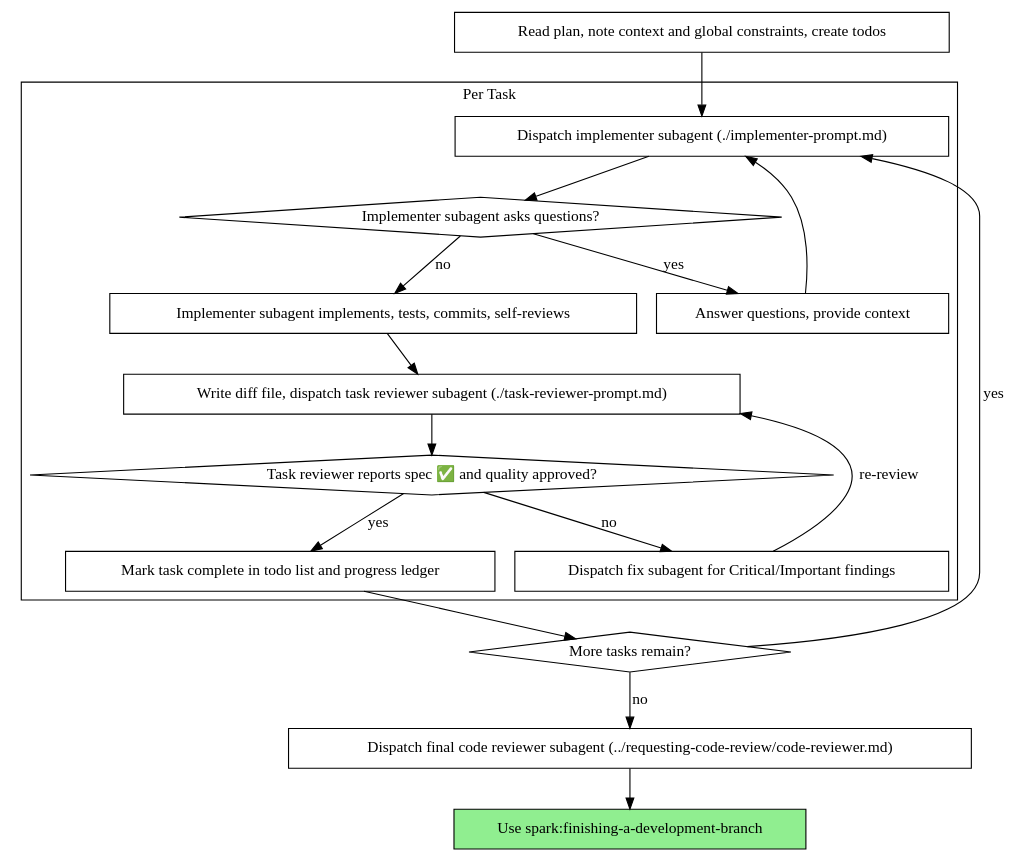
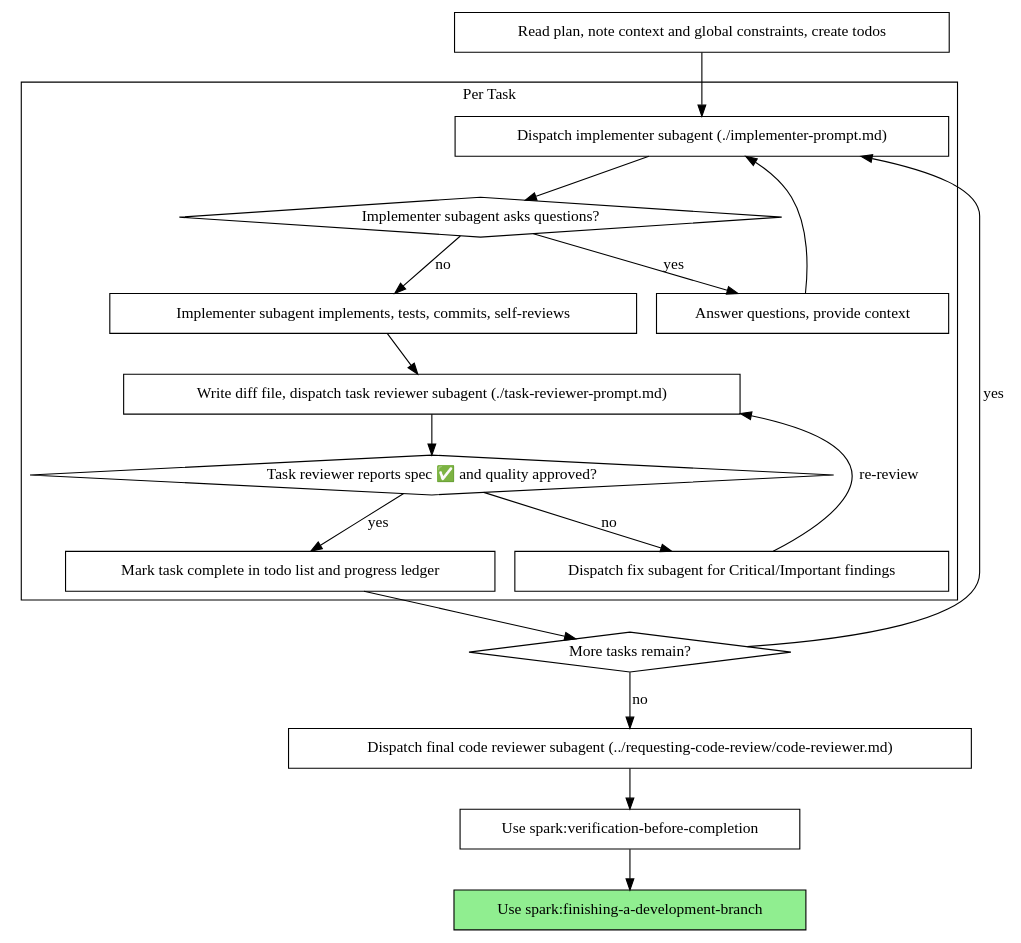
One commit to adityaaria/SPARK changed the second of 2 diagrams in skills/subagent-driven-development/SKILL.md. Above: the diagram before and after it, drawn with Graphviz. The commit also changed other lines of this file and 19 other files, not shown here.

````diff
--- a/skills/subagent-driven-development/SKILL.md
+++ b/skills/subagent-driven-development/SKILL.md
@@ -51,37 +51,39 @@
 ```dot
 digraph process {
     rankdir=TB;
 
     subgraph cluster_per_task {
         label="Per Task";
         "Dispatch implementer subagent (./implementer-prompt.md)" [shape=box];
         "Implementer subagent asks questions?" [shape=diamond];
         "Answer questions, provide context" [shape=box];
         "Implementer subagent implements, tests, commits, self-reviews" [shape=box];
         "Write diff file, dispatch task reviewer subagent (./task-reviewer-prompt.md)" [shape=box];
         "Task reviewer reports spec ✅ and quality approved?" [shape=diamond];
         "Dispatch fix subagent for Critical/Important findings" [shape=box];
         "Mark task complete in todo list and progress ledger" [shape=box];
     }
 
     "Read plan, note context and global constraints, create todos" [shape=box];
     "More tasks remain?" [shape=diamond];
     "Dispatch final code reviewer subagent (../requesting-code-review/code-reviewer.md)" [shape=box];
+    "Use spark:verification-before-completion" [shape=box];
     "Use spark:finishing-a-development-branch" [shape=box style=filled fillcolor=lightgreen];
 
     "Read plan, note context and global constraints, create todos" -> "Dispatch implementer subagent (./implementer-prompt.md)";
     "Dispatch implementer subagent (./implementer-prompt.md)" -> "Implementer subagent asks questions?";
     "Implementer subagent asks questions?" -> "Answer questions, provide context" [label="yes"];
     "Answer questions, provide context" -> "Dispatch implementer subagent (./implementer-prompt.md)";
     "Implementer subagent asks questions?" -> "Implementer subagent implements, tests, commits, self-reviews" [label="no"];
     "Implementer subagent implements, tests, commits, self-reviews" -> "Write diff file, dispatch task reviewer subagent (./task-reviewer-prompt.md)";
     "Write diff file, dispatch task reviewer subagent (./task-reviewer-prompt.md)" -> "Task reviewer reports spec ✅ and quality approved?";
     "Task reviewer reports spec ✅ and quality approved?" -> "Dispatch fix subagent for Critical/Important findings" [label="no"];
     "Dispatch fix subagent for Critical/Important findings" -> "Write diff file, dispatch task reviewer subagent (./task-reviewer-prompt.md)" [label="re-review"];
     "Task reviewer reports spec ✅ and quality approved?" -> "Mark task complete in todo list and progress ledger" [label="yes"];
     "Mark task complete in todo list and progress ledger" -> "More tasks remain?";
     "More tasks remain?" -> "Dispatch implementer subagent (./implementer-prompt.md)" [label="yes"];
     "More tasks remain?" -> "Dispatch final code reviewer subagent (../requesting-code-review/code-reviewer.md)" [label="no"];
-    "Dispatch final code reviewer subagent (../requesting-code-review/code-reviewer.md)" -> "Use spark:finishing-a-development-branch";
+    "Dispatch final code reviewer subagent (../requesting-code-review/code-reviewer.md)" -> "Use spark:verification-before-completion";
+    "Use spark:verification-before-completion" -> "Use spark:finishing-a-development-branch";
 }
 ```
````
